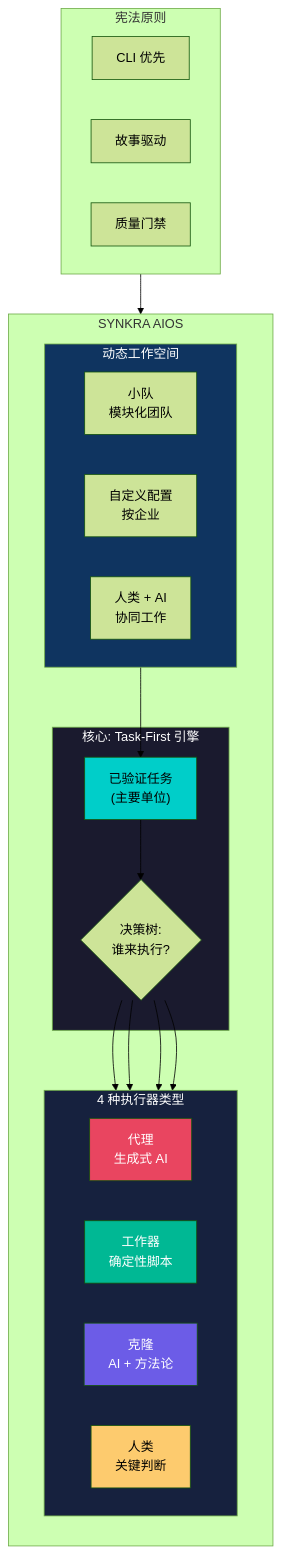
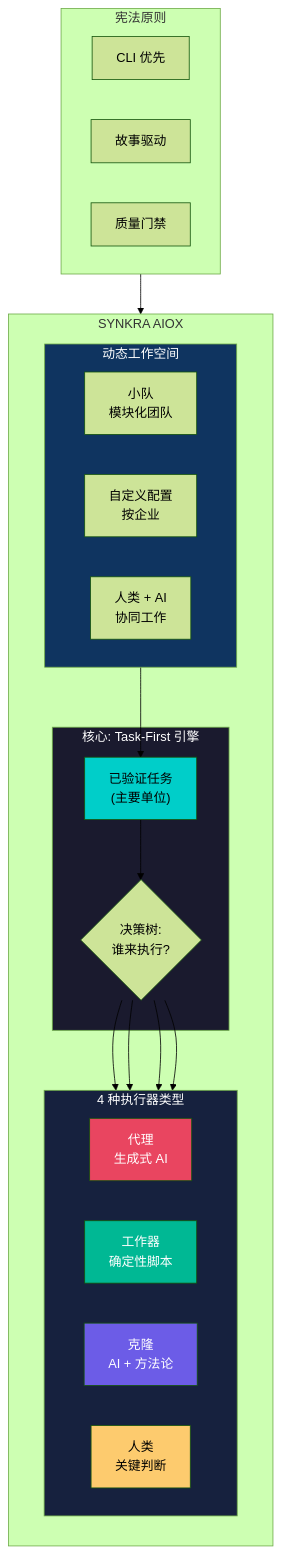
One commit to henriquetj159/henriquetj changed the first of 12 diagrams in docs/zh/architecture/AIOX-VISUAL-OVERVIEW.md. Above: the diagram before and after it, drawn with Mermaid (forest theme). The commit also changed other lines of this file and 2056 other files, not shown here.

First line of the commit message:
chore: update aios→aiox references in file contents

````diff
--- a/docs/zh/architecture/AIOX-VISUAL-OVERVIEW.md
+++ b/docs/zh/architecture/AIOX-VISUAL-OVERVIEW.md
@@ -33,50 +33,50 @@
 ```mermaid
 flowchart TB
-    subgraph AIOS["SYNKRA AIOS"]
+    subgraph AIOX["SYNKRA AIOX"]
         direction TB
 
         subgraph CORE["核心: Task-First 引擎"]
             TASK["已验证任务<br/>(主要单位)"]
             DECISION{"决策树:<br/>谁来执行?"}
         end
 
         subgraph EXECUTORS["4 种执行器类型"]
             direction LR
             AGENT["代理<br/>生成式 AI"]
             WORKER["工作器<br/>确定性脚本"]
             CLONE["克隆<br/>AI + 方法论"]
             HUMAN["人类<br/>关键判断"]
         end
 
         subgraph WORKSPACE["动态工作空间"]
             direction LR
             SQUADS["小队<br/>模块化团队"]
             CONFIG["自定义配置<br/>按企业"]
             COLLAB["人类 + AI<br/>协同工作"]
         end
     end
 
     subgraph PRINCIPLES["宪法原则"]
         CLI["CLI 优先"]
         STORY["故事驱动"]
         QUALITY["质量门禁"]
     end
 
     TASK --> DECISION
     DECISION --> AGENT
     DECISION --> WORKER
     DECISION --> CLONE
     DECISION --> HUMAN
 
     WORKSPACE --> TASK
-    PRINCIPLES --> AIOS
+    PRINCIPLES --> AIOX
 
     style CORE fill:#1a1a2e,color:#fff
     style EXECUTORS fill:#16213e,color:#fff
     style WORKSPACE fill:#0f3460,color:#fff
     style AGENT fill:#e94560,color:#fff
     style WORKER fill:#00b894,color:#fff
     style CLONE fill:#6c5ce7,color:#fff
     style HUMAN fill:#fdcb6e,color:#000
     style TASK fill:#00cec9,color:#000
 ```
````
